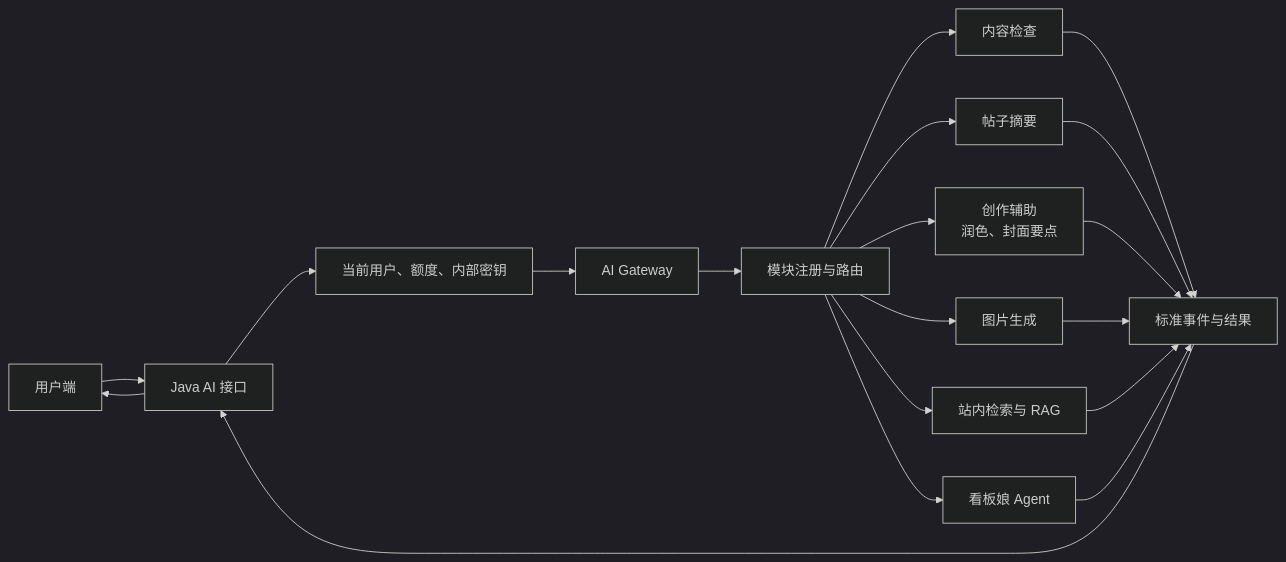
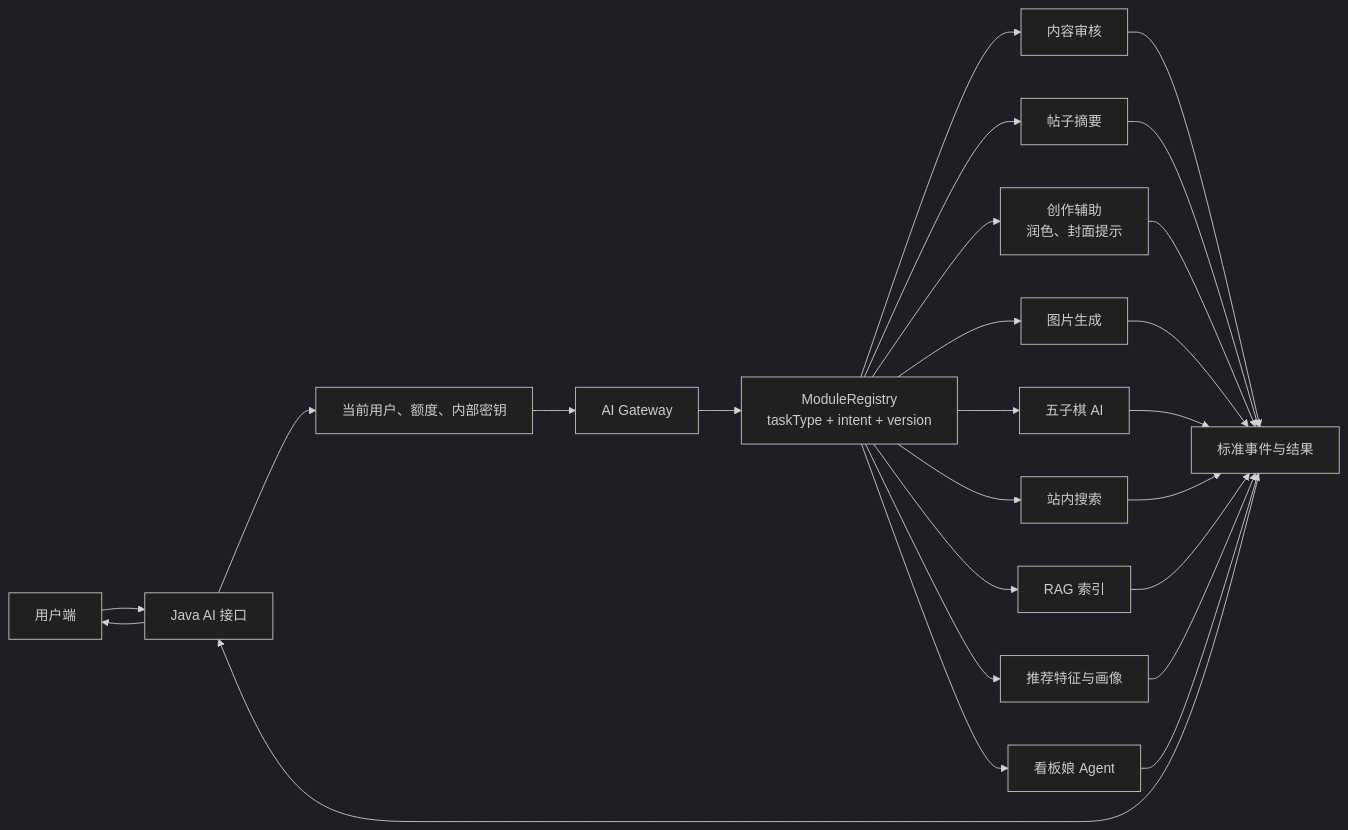
Before and after one commit to pluchon/mengmeng_forum: the eighth of 18 diagrams in README.md, drawn with Mermaid (dark theme). The commit also changed other lines of this file, not shown here.

````diff
--- a/README.md
+++ b/README.md
@@ -174,21 +174,27 @@
 ```mermaid
 flowchart LR
   FE["用户端"] --> J["Java AI 接口"]
   J --> AUTH["当前用户、额度、内部密钥"]
   AUTH --> G["AI Gateway"]
-  G --> ROUTE["模块注册与路由"]
-  ROUTE --> MOD["内容检查"]
+  G --> ROUTE["ModuleRegistry<br/>taskType + intent + version"]
+  ROUTE --> MOD["内容审核"]
   ROUTE --> SUM["帖子摘要"]
-  ROUTE --> CRE["创作辅助<br/>润色、封面要点"]
+  ROUTE --> CRE["创作辅助<br/>润色、封面提示"]
   ROUTE --> IMG["图片生成"]
-  ROUTE --> SEARCH["站内检索与 RAG"]
+  ROUTE --> GAME["五子棋 AI"]
+  ROUTE --> SEARCH["站内搜索"]
+  ROUTE --> RAG["RAG 索引"]
+  ROUTE --> REC["推荐特征与画像"]
   ROUTE --> MASCOT["看板娘 Agent"]
   MOD --> RESULT["标准事件与结果"]
   SUM --> RESULT
   CRE --> RESULT
   IMG --> RESULT
+  GAME --> RESULT
   SEARCH --> RESULT
+  RAG --> RESULT
+  REC --> RESULT
   MASCOT --> RESULT
   RESULT --> J
   J --> FE
 ```
````
